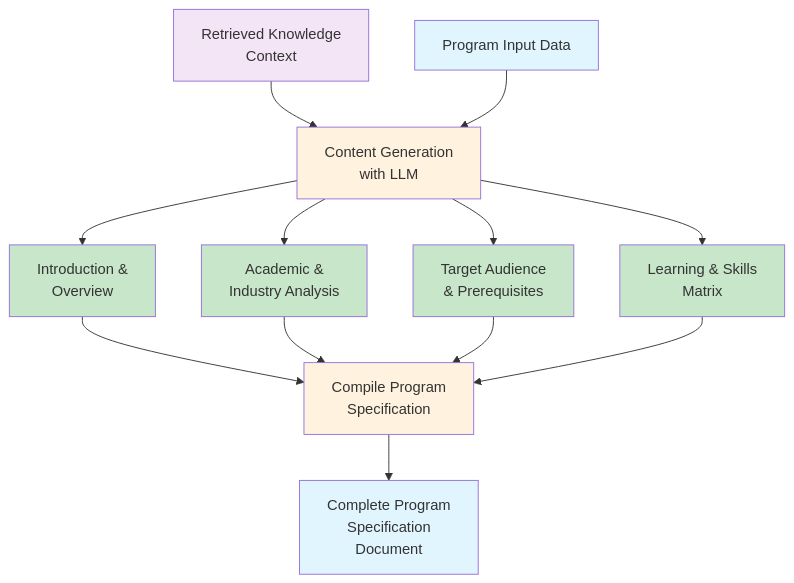
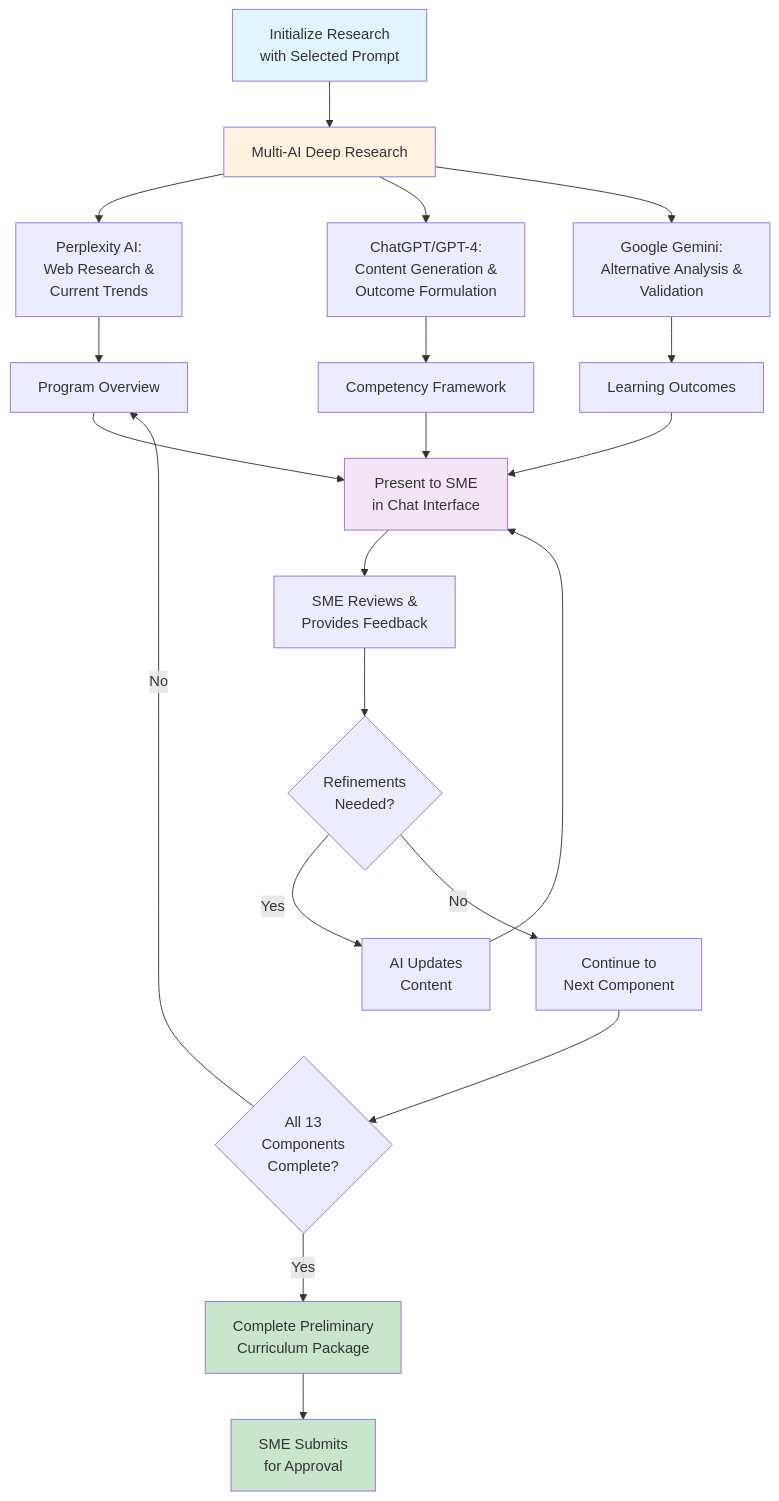
The third of 23 diagrams in WORKFLOW_DOCUMENT.md (viditkbhatnagar/CurriculumGenerator), drawn with Mermaid before and after one commit. The commit also changed other lines of this file and 21 other files, not shown here.

````diff
--- a/WORKFLOW_DOCUMENT.md
+++ b/WORKFLOW_DOCUMENT.md
@@ -269,30 +235,36 @@
 ```mermaid
 graph TB
-    Context["Retrieved Knowledge<br/>Context"]
-    Program["Program Input Data"]
+    Init["Initialize Research<br/>with Selected Prompt"] --> MultiAI["Multi-AI Deep Research"]
 
-    Context --> LLM["Content Generation<br/>with LLM"]
-    Program --> LLM
+    MultiAI --> Perplexity["Perplexity AI:<br/>Web Research &<br/>Current Trends"]
+    MultiAI --> GPT4["ChatGPT/GPT-4:<br/>Content Generation &<br/>Outcome Formulation"]
+    MultiAI --> Gemini["Google Gemini:<br/>Alternative Analysis &<br/>Validation"]
 
-    LLM --> IS["Introduction &<br/>Overview"]
-    LLM --> AA["Academic &<br/>Industry Analysis"]
-    LLM --> TQ["Target Audience<br/>& Prerequisites"]
-    LLM --> LS["Learning & Skills<br/>Matrix"]
+    Perplexity --> Component1["Program Overview"]
+    GPT4 --> Component2["Competency Framework"]
+    Gemini --> Component3["Learning Outcomes"]
 
-    IS --> Compile["Compile Program<br/>Specification"]
-    AA --> Compile
-    TQ --> Compile
-    LS --> Compile
+    Component1 --> Chat["Present to SME<br/>in Chat Interface"]
+    Component2 --> Chat
+    Component3 --> Chat
 
-    Compile --> Output["Complete Program<br/>Specification<br/>Document"]
+    Chat --> SMEReview["SME Reviews &<br/>Provides Feedback"]
+    SMEReview --> Refine{"Refinements<br/>Needed?"}
 
-    style Context fill:#f3e5f5
-    style Program fill:#e1f5ff
-    style LLM fill:#fff3e0
-    style IS fill:#c8e6c9
-    style AA fill:#c8e6c9
-    style TQ fill:#c8e6c9
-    style LS fill:#c8e6c9
-    style Compile fill:#fff3e0
-    style Output fill:#e1f5ff
+    Refine -->|Yes| Update["AI Updates<br/>Content"]
+    Update --> Chat
+
+    Refine -->|No| Continue["Continue to<br/>Next Component"]
+    Continue --> AllDone{"All 13<br/>Components<br/>Complete?"}
+
+    AllDone -->|No| Component1
+    AllDone -->|Yes| Package["Complete Preliminary<br/>Curriculum Package"]
+
+    Package --> Submit["SME Submits<br/>for Approval"]
+
+    style Init fill:#e1f5ff
+    style MultiAI fill:#fff3e0
+    style Chat fill:#f3e5f5
+    style Package fill:#c8e6c9
+    style Submit fill:#c8e6c9
 ```
````
